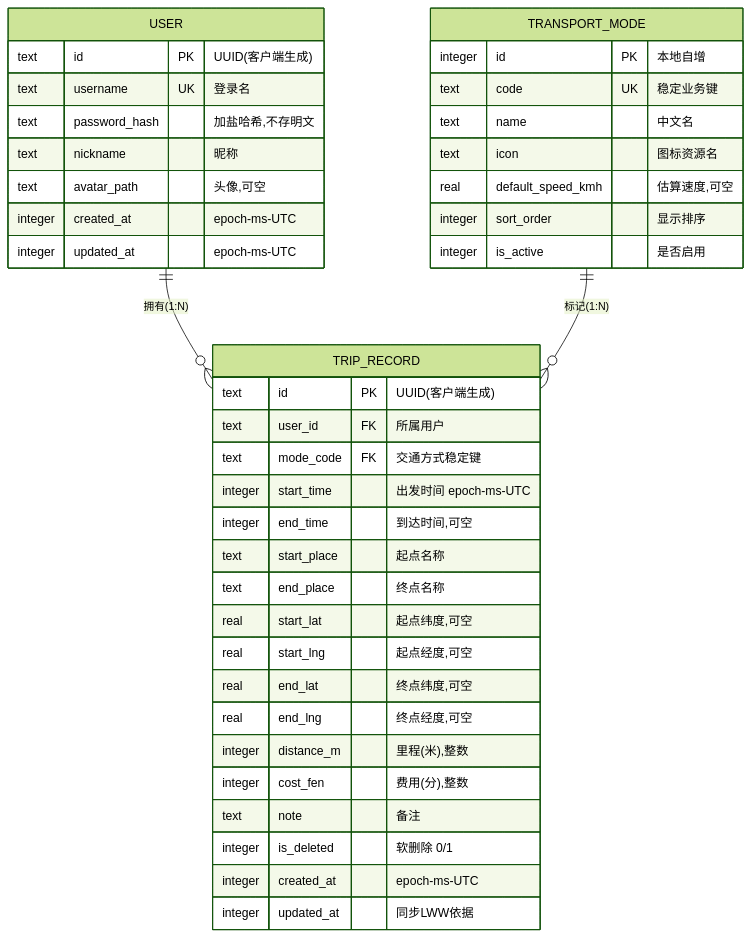
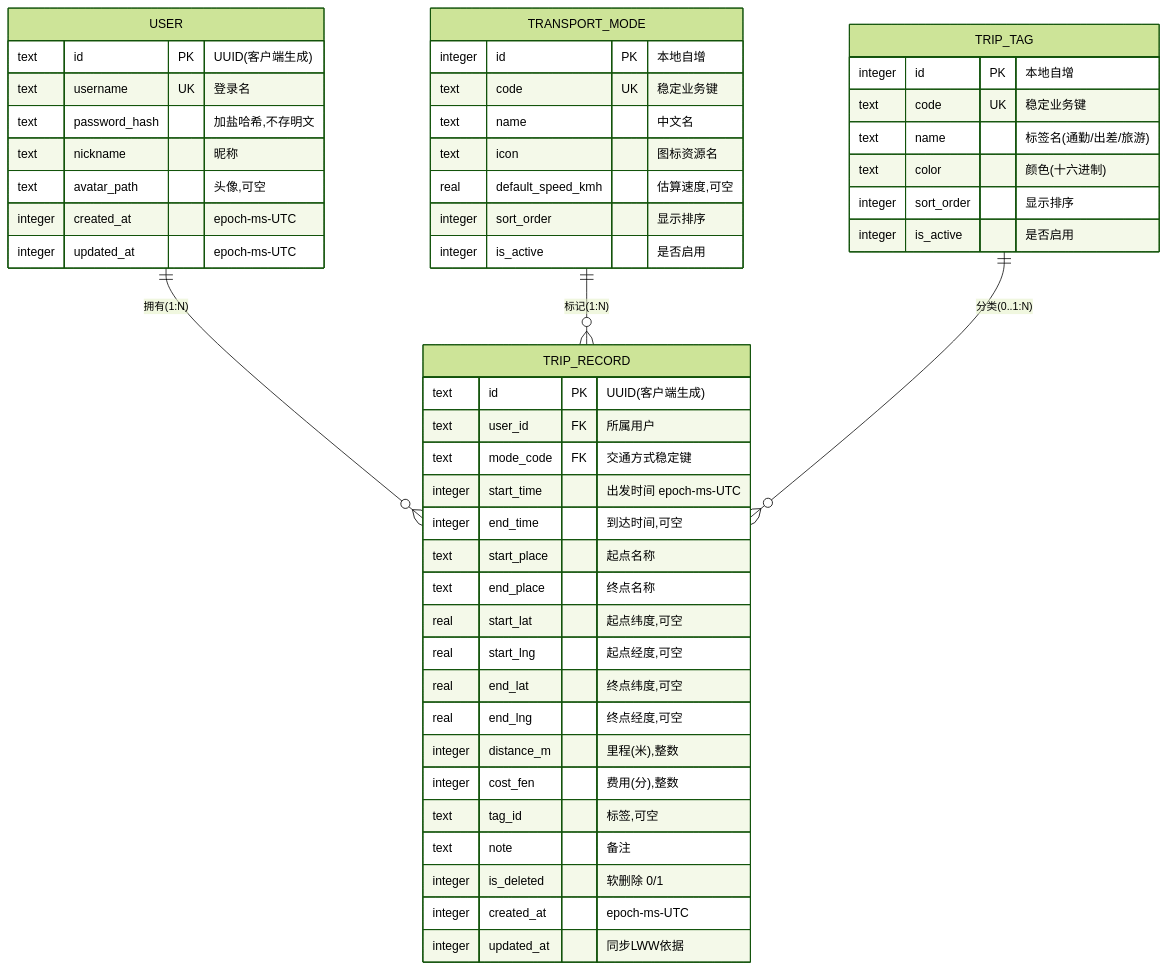
Before and after one commit to CDD-2333/TransitLog: the diagram in docs/database-design.md, drawn with Mermaid (forest theme). The commit also changed other lines of this file and 4 other files, not shown here.

````diff
--- a/docs/database-design.md
+++ b/docs/database-design.md
@@ -10,45 +12,56 @@
 ```mermaid
 erDiagram
     USER ||--o{ TRIP_RECORD : "拥有(1:N)"
     TRANSPORT_MODE ||--o{ TRIP_RECORD : "标记(1:N)"
+    TRIP_TAG ||--o{ TRIP_RECORD : "分类(0..1:N)"
 
     USER {
         text id PK "UUID(客户端生成)"
         text username UK "登录名"
         text password_hash "加盐哈希,不存明文"
         text nickname "昵称"
         text avatar_path "头像,可空"
         integer created_at "epoch-ms-UTC"
         integer updated_at "epoch-ms-UTC"
     }
 
     TRIP_RECORD {
         text id PK "UUID(客户端生成)"
         text user_id FK "所属用户"
         text mode_code FK "交通方式稳定键"
         integer start_time "出发时间 epoch-ms-UTC"
         integer end_time "到达时间,可空"
         text start_place "起点名称"
         text end_place "终点名称"
         real start_lat "起点纬度,可空"
         real start_lng "起点经度,可空"
         real end_lat "终点纬度,可空"
         real end_lng "终点经度,可空"
         integer distance_m "里程(米),整数"
         integer cost_fen "费用(分),整数"
+        text tag_id "标签,可空"
         text note "备注"
         integer is_deleted "软删除 0/1"
         integer created_at "epoch-ms-UTC"
         integer updated_at "同步LWW依据"
     }
 
     TRANSPORT_MODE {
         integer id PK "本地自增"
         text code UK "稳定业务键"
         text name "中文名"
         text icon "图标资源名"
         real default_speed_kmh "估算速度,可空"
         integer sort_order "显示排序"
         integer is_active "是否启用"
     }
+
+    TRIP_TAG {
+        integer id PK "本地自增"
+        text code UK "稳定业务键"
+        text name "标签名(通勤/出差/旅游)"
+        text color "颜色(十六进制)"
+        integer sort_order "显示排序"
+        integer is_active "是否启用"
+    }
 ```
````
